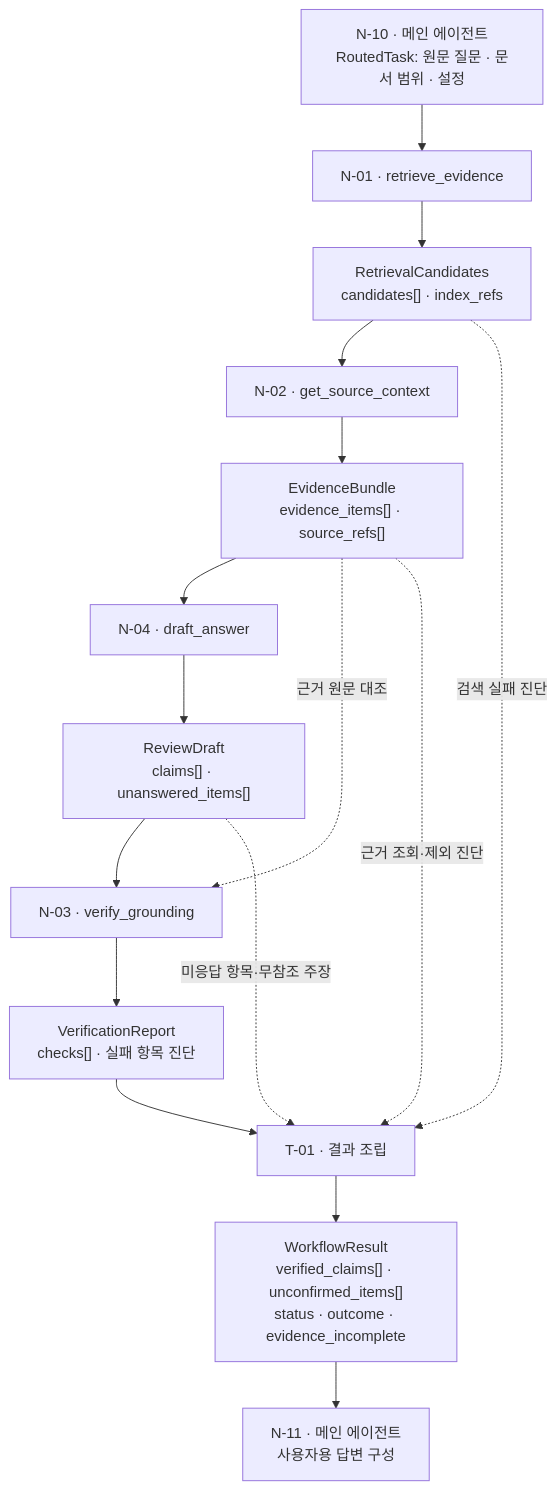
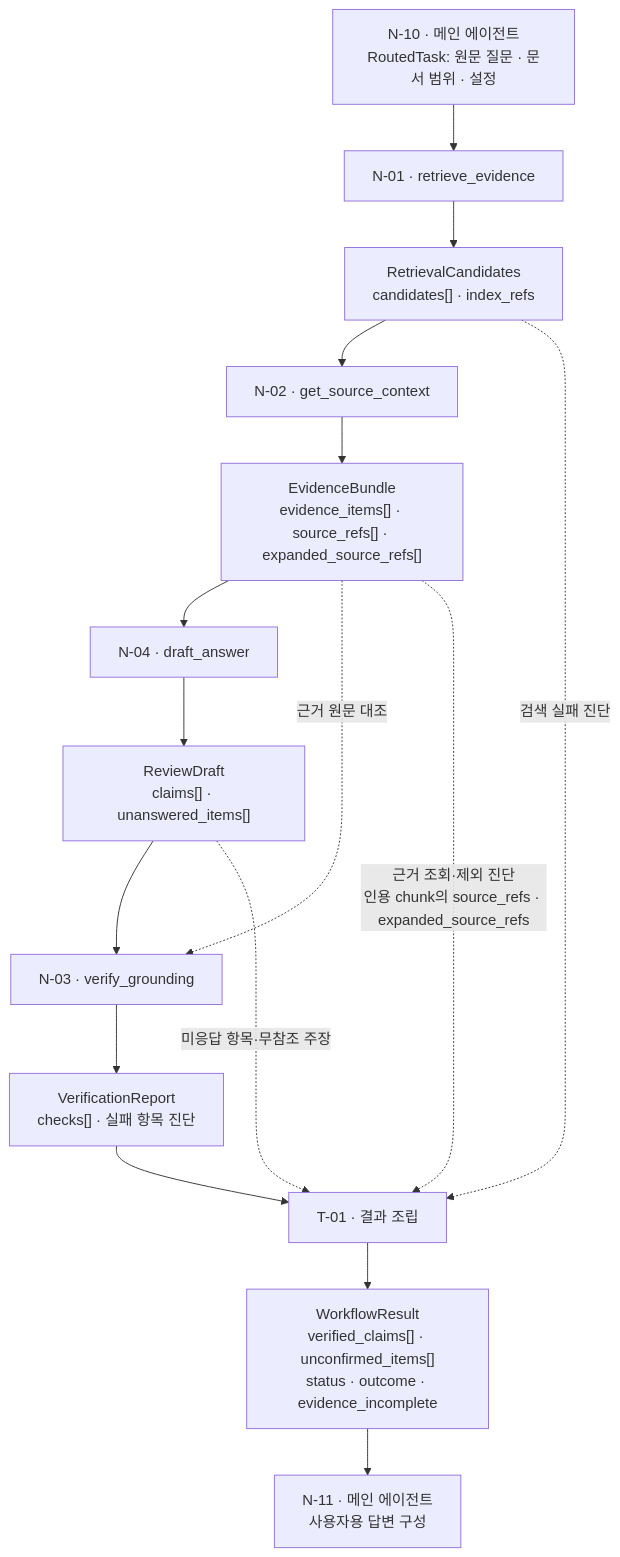
One commit to Jungminii-1114/ReportAnchor changed the second of 4 diagrams in docs/big-nodes/T-01.md. Above: the diagram before and after it, drawn with Mermaid. The commit also changed other lines of this file and 12 other files, not shown here.

````diff
--- a/docs/big-nodes/T-01.md
+++ b/docs/big-nodes/T-01.md
@@ -67,18 +67,18 @@
 ```mermaid
 flowchart TD
   RT["N-10 · 메인 에이전트<br/>RoutedTask: 원문 질문 · 문서 범위 · 설정"] --> N01["N-01 · retrieve_evidence"]
   N01 --> RC["RetrievalCandidates<br/>candidates[] · index_refs"]
   RC --> N02["N-02 · get_source_context"]
-  N02 --> EB["EvidenceBundle<br/>evidence_items[] · source_refs[]"]
+  N02 --> EB["EvidenceBundle<br/>evidence_items[] · source_refs[] · expanded_source_refs[]"]
   EB --> N04["N-04 · draft_answer"]
   N04 --> RD["ReviewDraft<br/>claims[] · unanswered_items[]"]
   RD --> N03["N-03 · verify_grounding"]
   EB -. "근거 원문 대조" .-> N03
   N03 --> VR["VerificationReport<br/>checks[] · 실패 항목 진단"]
   VR --> T01["T-01 · 결과 조립"]
   RD -. "미응답 항목·무참조 주장" .-> T01
   RC -. "검색 실패 진단" .-> T01
-  EB -. "근거 조회·제외 진단" .-> T01
+  EB -. "근거 조회·제외 진단<br/>인용 chunk의 source_refs · expanded_source_refs" .-> T01
   T01 --> WR["WorkflowResult<br/>verified_claims[] · unconfirmed_items[]<br/>status · outcome · evidence_incomplete"]
   WR --> N11["N-11 · 메인 에이전트<br/>사용자용 답변 구성"]
 ```
````
